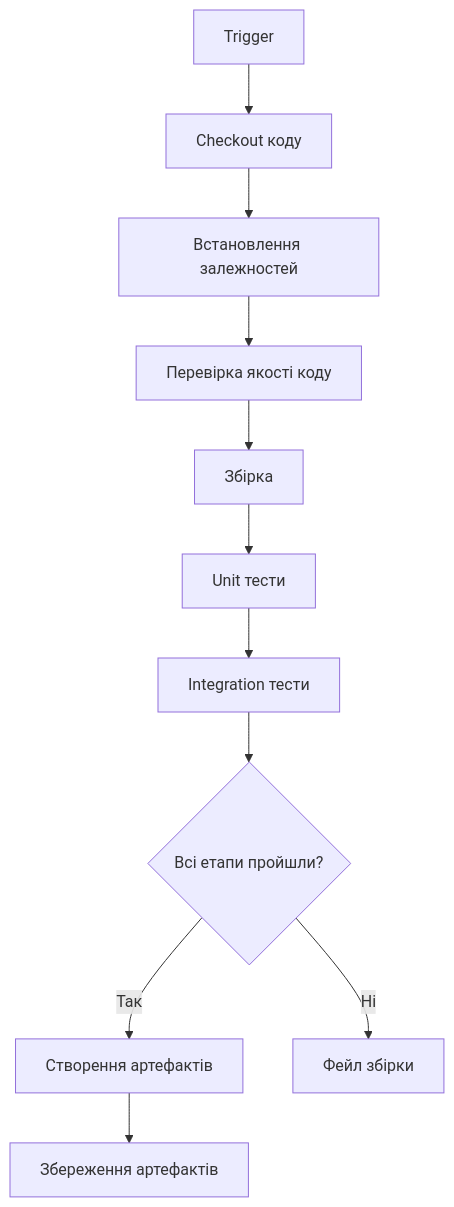
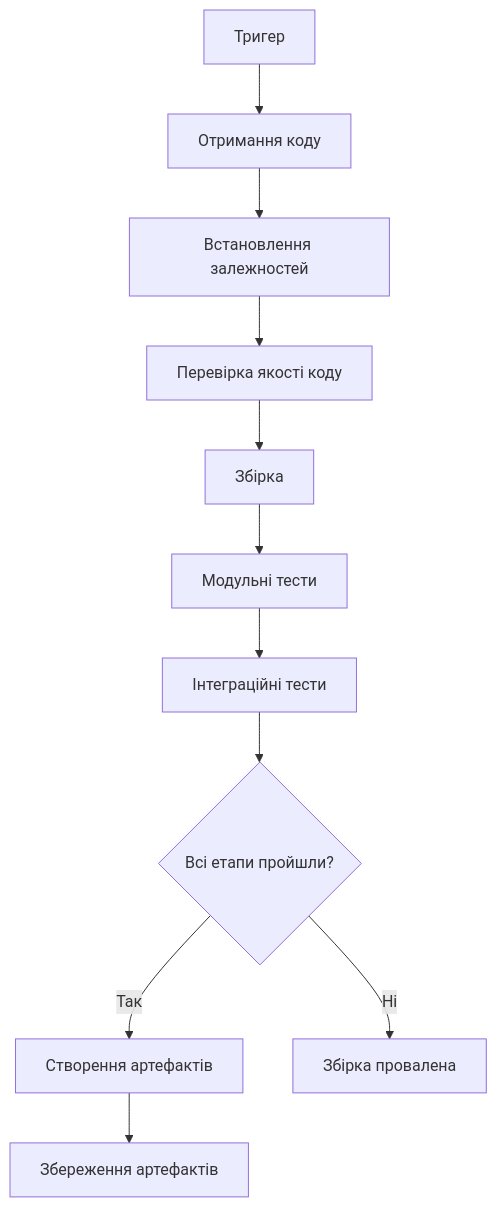
One commit to olroi421/course-opi-v2 changed the second of 11 diagrams in lectures/lecture-13.md. Above: the diagram before and after it, drawn with Mermaid. The commit also changed other lines of this file and 9 other files, not shown here.

````diff
--- a/lectures/lecture-13.md
+++ b/lectures/lecture-13.md
@@ -57,13 +67,13 @@
 ```mermaid
 graph TB
-    A[Trigger] --> B[Checkout коду]
+    A[Тригер] --> B[Отримання коду]
     B --> C[Встановлення залежностей]
     C --> D[Перевірка якості коду]
     D --> E[Збірка]
-    E --> F[Unit тести]
-    F --> G[Integration тести]
+    E --> F[Модульні тести]
+    F --> G[Інтеграційні тести]
     G --> H{Всі етапи пройшли?}
     H -->|Так| I[Створення артефактів]
-    H -->|Ні| J[Фейл збірки]
+    H -->|Ні| J[Збірка провалена]
     I --> K[Збереження артефактів]
 ```
````
